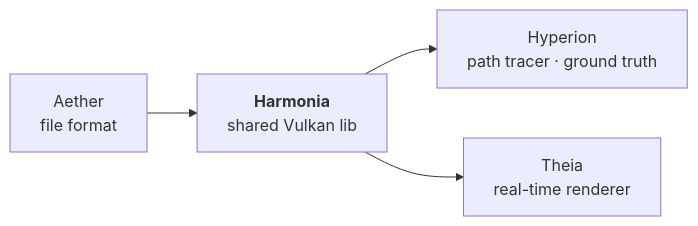
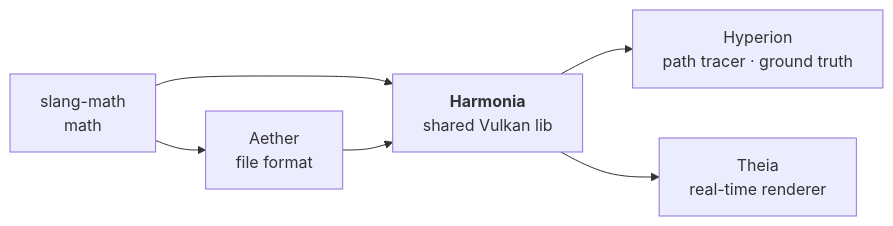
Before and after one commit to McNopper/Harmonia: the diagram in README.md, drawn with Mermaid. The commit also changed other lines of this file and 2 other files, not shown here.

````diff
--- a/README.md
+++ b/README.md
@@ -13,6 +13,8 @@
 ```mermaid
 flowchart LR
-    A["Aether<br/>file format"] --> H["<b>Harmonia</b><br/>shared Vulkan lib"]
+    SM["slang-math<br/>math"] --> A["Aether<br/>file format"]
+    SM --> H
+    A --> H["<b>Harmonia</b><br/>shared Vulkan lib"]
     H --> Hy["Hyperion<br/>path tracer · ground truth"]
     H --> T["Theia<br/>real-time renderer"]
 ```
````
